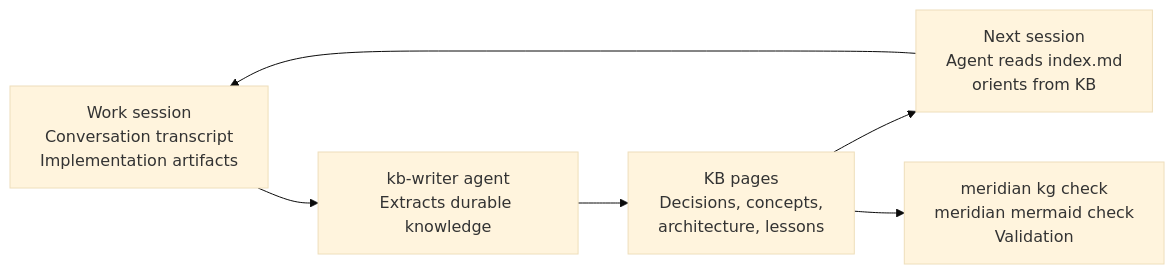
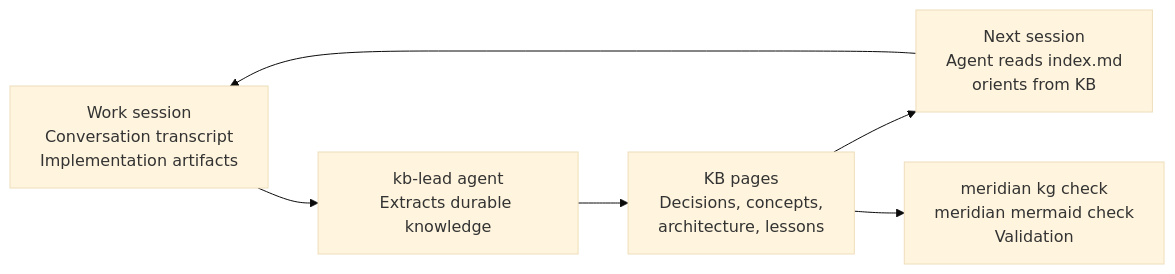
The diagram in kb/research/llm-wiki-pattern.md (haowjy/meridian-cli-kb), drawn with Mermaid (base theme) before and after one commit. The commit also changed other lines of this file and 1 other file, not shown here.

First line of the commit message:
kb: refresh knowledge-layers guidance in llm-wiki-pattern

````diff
--- a/kb/research/llm-wiki-pattern.md
+++ b/kb/research/llm-wiki-pattern.md
@@ -37,8 +37,8 @@
 ```mermaid
 flowchart LR
-    WORK[Work session\nConversation transcript\nImplementation artifacts] --> INGEST[kb-writer agent\nExtracts durable knowledge]
+    WORK[Work session\nConversation transcript\nImplementation artifacts] --> INGEST[kb-lead agent\nExtracts durable knowledge]
     INGEST --> KB[KB pages\nDecisions, concepts,\narchitecture, lessons]
     KB --> ORIENT[Next session\nAgent reads index.md\norients from KB]
     ORIENT --> WORK
     KB --> LINT[meridian kg check\nmeridian mermaid check\nValidation]
 ```
````
